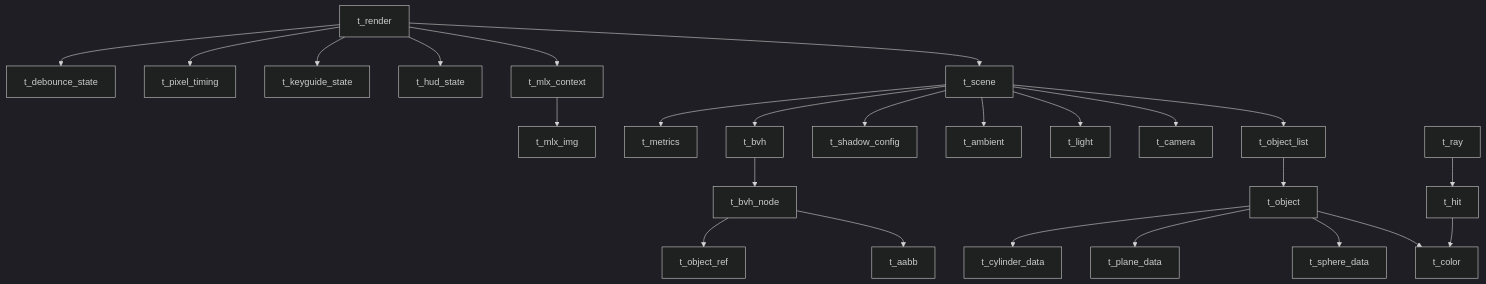
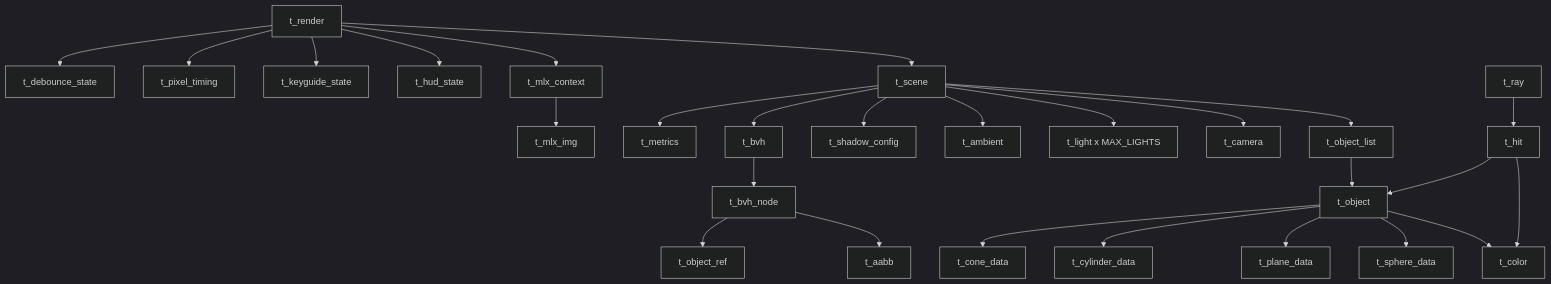
One commit to gdtknight/miniRT changed the diagram in docs/Data-Structures.md. Above: the diagram before and after it, drawn with Mermaid (dark theme). The commit also changed other lines of this file, not shown here.

First line of the commit message:
docs(structs): update data structures for multi-light, cone, and textures

````diff
--- a/docs/Data-Structures.md
+++ b/docs/Data-Structures.md
@@ -9,31 +9,33 @@
 ```mermaid
 flowchart TD
     A[t_scene] --> B[t_object_list]
     A --> C[t_camera]
-    A --> D[t_light]
+    A --> D[t_light x MAX_LIGHTS]
     A --> E[t_ambient]
     A --> F[t_shadow_config]
     A --> G[t_bvh]
     A --> H[t_metrics]
 
     B --> I[t_object]
     I --> J[t_color]
     I --> K[t_sphere_data]
     I --> L[t_plane_data]
     I --> M[t_cylinder_data]
+    I --> M2[t_cone_data]
 
     G --> N[t_bvh_node]
     N --> O[t_aabb]
     N --> P[t_object_ref]
 
     Q[t_render] --> A
     Q --> R[t_mlx_context]
     Q --> S[t_hud_state]
     Q --> T[t_keyguide_state]
     Q --> U[t_pixel_timing]
     Q --> V[t_debounce_state]
 
     R --> W[t_mlx_img]
     X[t_ray] --> Y[t_hit]
     Y --> J
+    Y --> I
 ```
````
